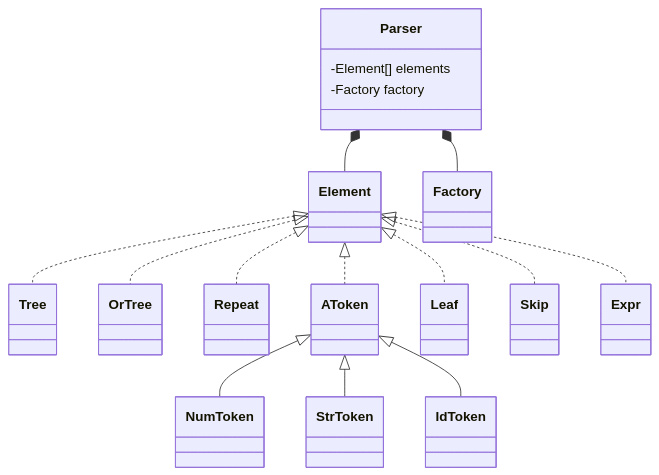
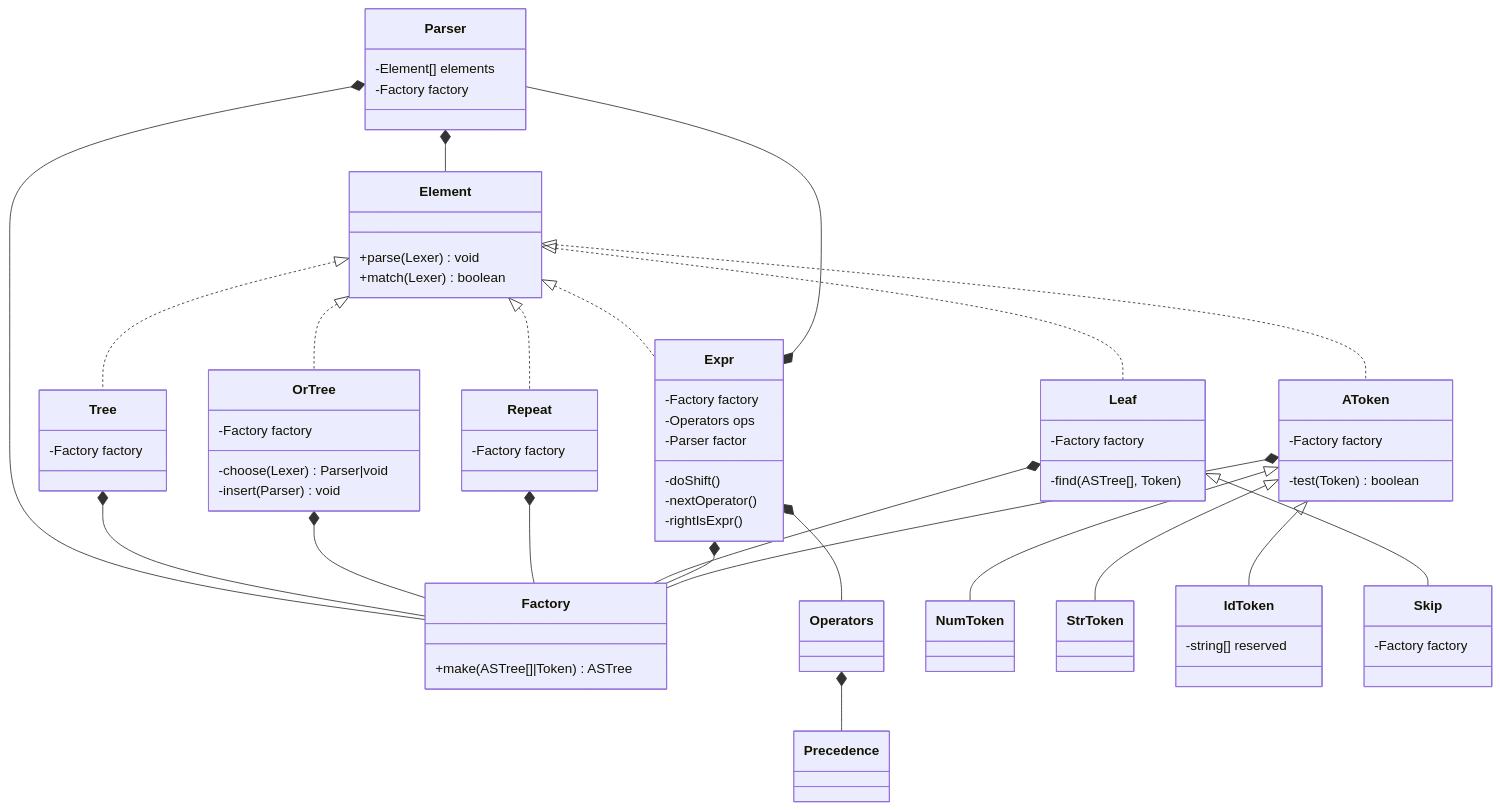
The diagram in doc/parser.md (taoabc/stone-ts), drawn with Mermaid before and after one commit. The commit also changed other lines of this file, not shown here.

````diff
--- a/doc/parser.md
+++ b/doc/parser.md
@@ -1,26 +16,69 @@
 ```mermaid
 classDiagram
   Parser *-- Element
   Parser *-- Factory
   Element <|.. Tree
   Element <|.. OrTree
   Element <|.. Repeat
   Element <|.. AToken
   Element <|.. Leaf
-  Element <|.. Skip
   Element <|.. Expr
+  Expr *-- Parser
+  Expr *-- Operators
   AToken <|-- NumToken
   AToken <|-- StrToken
   AToken <|-- IdToken
+  Leaf <|-- Skip
+  Tree *-- Factory
+  OrTree *-- Factory
+  Repeat *-- Factory
+  Leaf *-- Factory
+  Expr *-- Factory
+  AToken *-- Factory
+  Operators *-- Precedence
 
   class Parser {
     -Element[] elements
     -Factory factory
   }
   class Factory{
-
+    +make(ASTree[]|Token) ASTree
   }
   class Element{
-
+    +parse(Lexer)void
+    +match(Lexer)boolean
+  }
+  class Tree {
+    -Factory factory
+  }
+  class OrTree {
+    -Factory factory
+    -choose(Lexer) Parser|void
+    -insert(Parser) void
+  }
+  class Repeat {
+    -Factory factory
+  }
+  class Leaf {
+    -Factory factory
+    -find(ASTree[], Token)
+  }
+  class Skip {
+    -Factory factory
+  }
+  class Expr {
+    -Factory factory
+    -Operators ops
+    -Parser factor
+    -doShift()
+    -nextOperator()
+    -rightIsExpr()
+  }
+  class AToken {
+    -Factory factory
+    -test(Token) boolean
+  }
+  class IdToken {
+    -string[] reserved
   }
 ```
````
